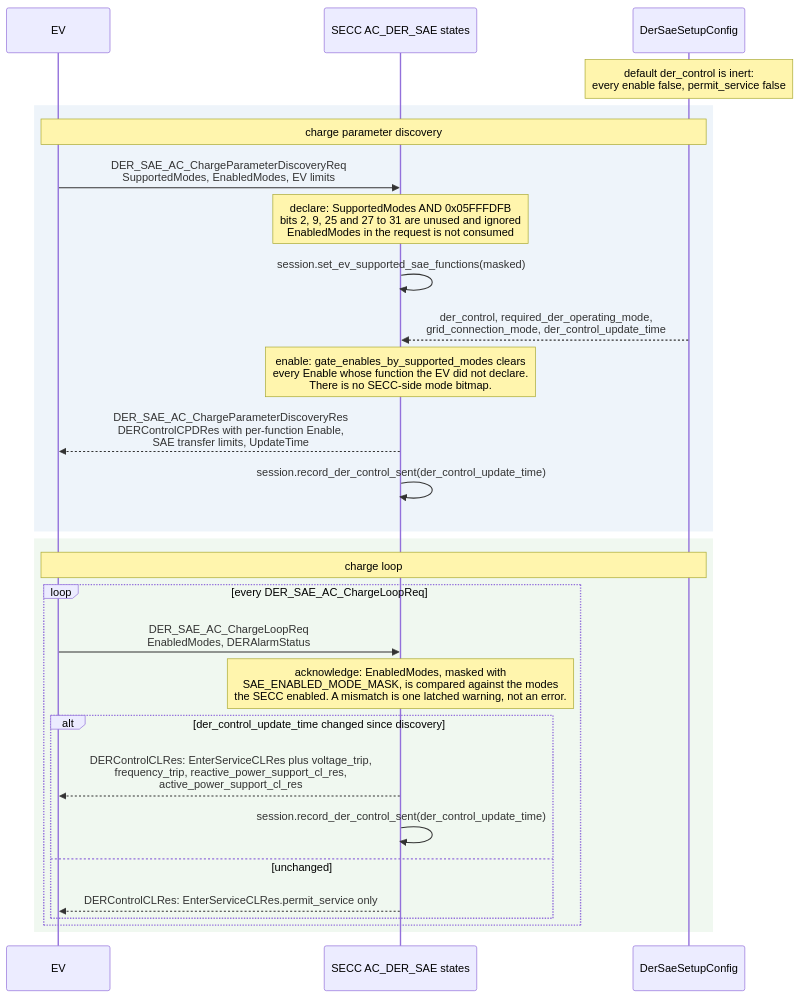
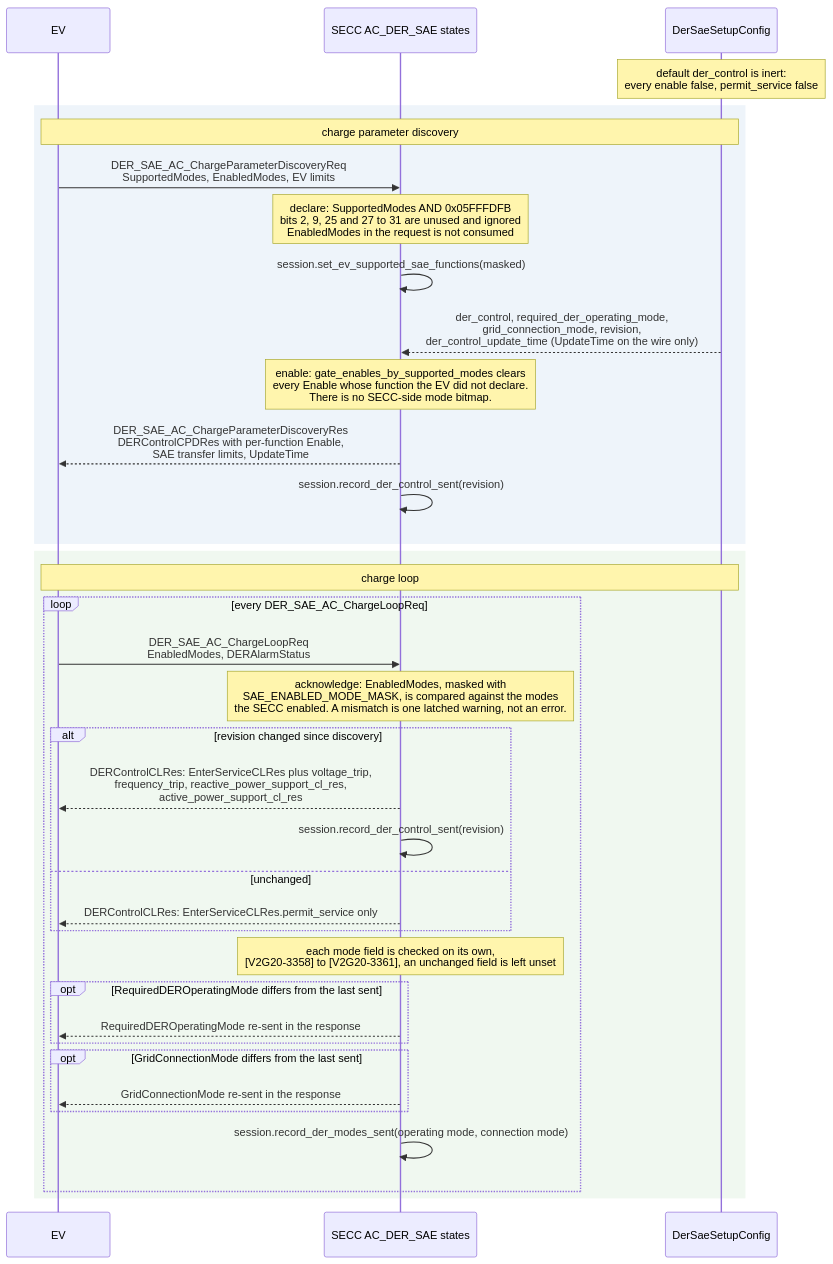
Before and after one commit to EVerest/EVerest: the diagram in modules/EVSE/Evse15118D20/docs/sae-der-negotiation.mmd, drawn with Mermaid. The commit also changed 32 other files, not shown here.

```diff
--- a/modules/EVSE/Evse15118D20/docs/sae-der-negotiation.mmd
+++ b/modules/EVSE/Evse15118D20/docs/sae-der-negotiation.mmd
@@ -1,31 +1,39 @@
 sequenceDiagram
     participant EV
     participant SECC as SECC AC_DER_SAE states
     participant Config as DerSaeSetupConfig
 
     Note over Config: default der_control is inert:<br/>every enable false, permit_service false
 
     rect rgb(238, 244, 250)
     Note over EV, Config: charge parameter discovery
     EV->>SECC: DER_SAE_AC_ChargeParameterDiscoveryReq<br/>SupportedModes, EnabledModes, EV limits
     Note over SECC: declare: SupportedModes AND 0x05FFFDFB<br/>bits 2, 9, 25 and 27 to 31 are unused and ignored<br/>EnabledModes in the request is not consumed
     SECC->>SECC: session.set_ev_supported_sae_functions(masked)
-    Config-->>SECC: der_control, required_der_operating_mode,<br/>grid_connection_mode, der_control_update_time
+    Config-->>SECC: der_control, required_der_operating_mode,<br/>grid_connection_mode, revision,<br/>der_control_update_time (UpdateTime on the wire only)
     Note over SECC: enable: gate_enables_by_supported_modes clears<br/>every Enable whose function the EV did not declare.<br/>There is no SECC-side mode bitmap.
     SECC-->>EV: DER_SAE_AC_ChargeParameterDiscoveryRes<br/>DERControlCPDRes with per-function Enable,<br/>SAE transfer limits, UpdateTime
-    SECC->>SECC: session.record_der_control_sent(der_control_update_time)
+    SECC->>SECC: session.record_der_control_sent(revision)
     end
 
     rect rgb(240, 248, 240)
     Note over EV, Config: charge loop
     loop every DER_SAE_AC_ChargeLoopReq
         EV->>SECC: DER_SAE_AC_ChargeLoopReq<br/>EnabledModes, DERAlarmStatus
         Note over SECC: acknowledge: EnabledModes, masked with<br/>SAE_ENABLED_MODE_MASK, is compared against the modes<br/>the SECC enabled. A mismatch is one latched warning, not an error.
-        alt der_control_update_time changed since discovery
+        alt revision changed since discovery
             SECC-->>EV: DERControlCLRes: EnterServiceCLRes plus voltage_trip,<br/>frequency_trip, reactive_power_support_cl_res,<br/>active_power_support_cl_res
-            SECC->>SECC: session.record_der_control_sent(der_control_update_time)
+            SECC->>SECC: session.record_der_control_sent(revision)
         else unchanged
             SECC-->>EV: DERControlCLRes: EnterServiceCLRes.permit_service only
         end
+        Note over SECC: each mode field is checked on its own,<br/>[V2G20-3358] to [V2G20-3361], an unchanged field is left unset
+        opt RequiredDEROperatingMode differs from the last sent
+            SECC-->>EV: RequiredDEROperatingMode re-sent in the response
+        end
+        opt GridConnectionMode differs from the last sent
+            SECC-->>EV: GridConnectionMode re-sent in the response
+        end
+        SECC->>SECC: session.record_der_modes_sent(operating mode, connection mode)
     end
     end
```
